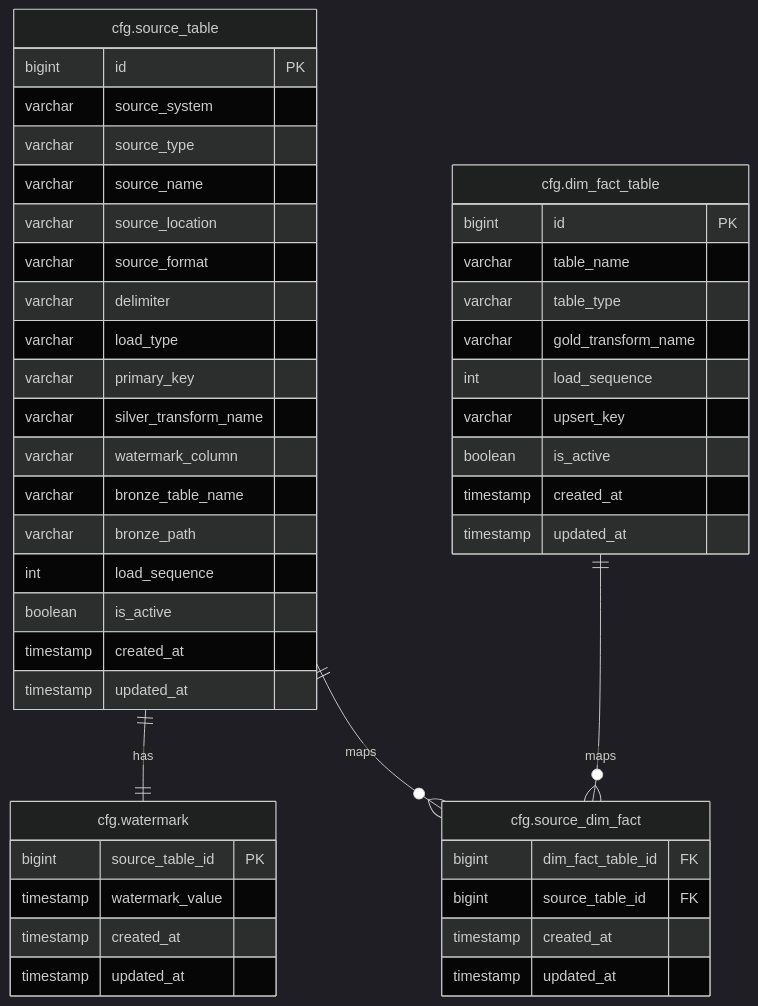
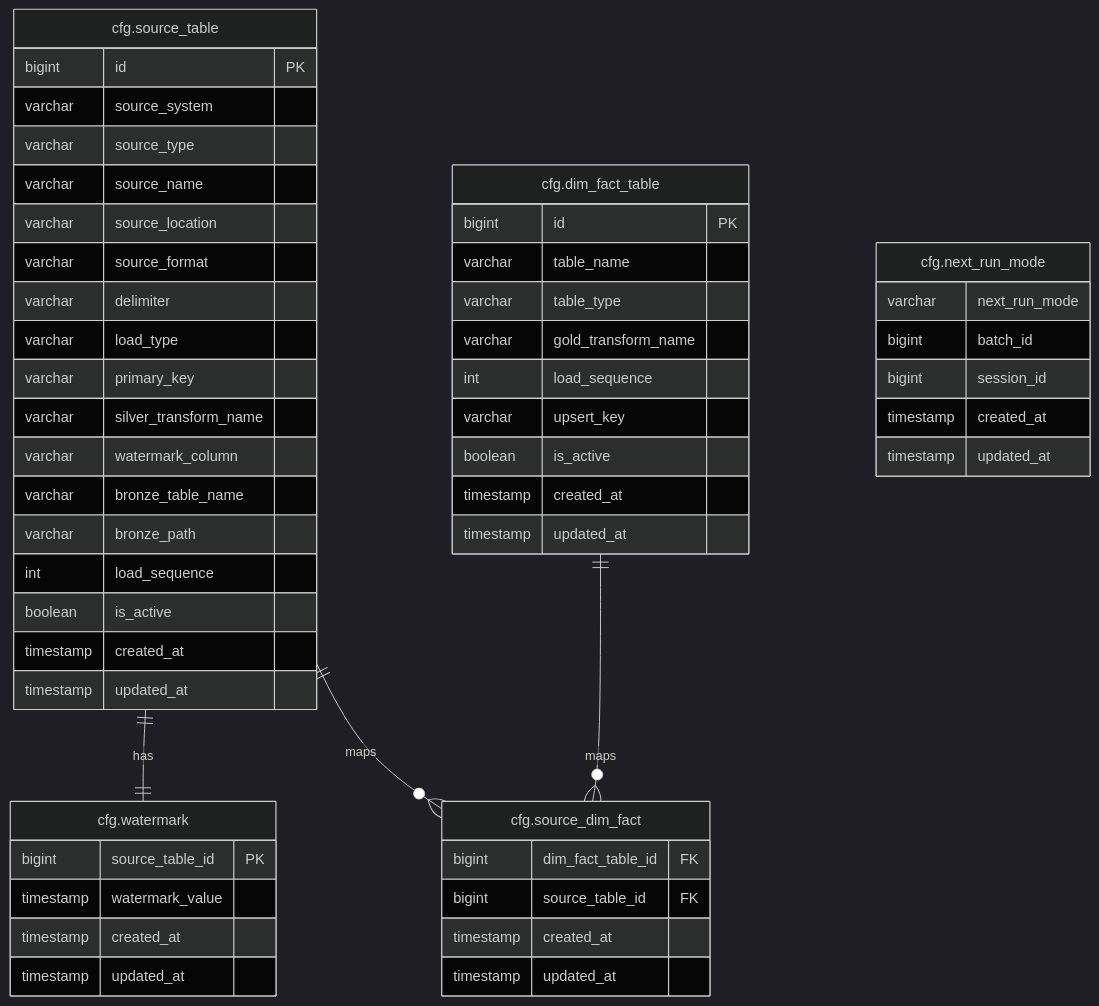
The first of 2 diagrams in docs/architecture/team-1/data-workflow-control-strategy.md (anhtnt90dev/rookies-data-dn-2026), drawn with Mermaid (dark theme) before and after one commit. The commit also changed other lines of this file, not shown here.

Commit message:
docs: add next run mode configuration and update recovery rules

````diff
--- a/docs/architecture/team-1/data-workflow-control-strategy.md
+++ b/docs/architecture/team-1/data-workflow-control-strategy.md
@@ -7,52 +7,60 @@
 ```mermaid
 erDiagram
     cfg.source_table ||--|| cfg.watermark : has
     cfg.source_table ||--o{ cfg.source_dim_fact : maps
     cfg.dim_fact_table ||--o{ cfg.source_dim_fact : maps
 
     cfg.source_table {
         bigint id PK
         varchar source_system
         varchar source_type
         varchar source_name
         varchar source_location
         varchar source_format
         varchar delimiter
         varchar load_type
         varchar primary_key
         varchar silver_transform_name
         varchar watermark_column
         varchar bronze_table_name
         varchar bronze_path
         int load_sequence
         boolean is_active
         timestamp created_at
         timestamp updated_at
     }
 
     cfg.dim_fact_table {
         bigint id PK
         varchar table_name
         varchar table_type
         varchar gold_transform_name
         int load_sequence
         varchar upsert_key
         boolean is_active
         timestamp created_at
         timestamp updated_at
     }
 
     cfg.watermark {
         bigint source_table_id PK
         timestamp watermark_value
         timestamp created_at
         timestamp updated_at
     }
 
     cfg.source_dim_fact {
         bigint dim_fact_table_id FK
         bigint source_table_id FK
         timestamp created_at
         timestamp updated_at
     }
+
+    cfg.next_run_mode {
+        varchar next_run_mode
+        bigint batch_id
+        bigint session_id
+        timestamp created_at
+        timestamp updated_at
+    }
 ```
````
